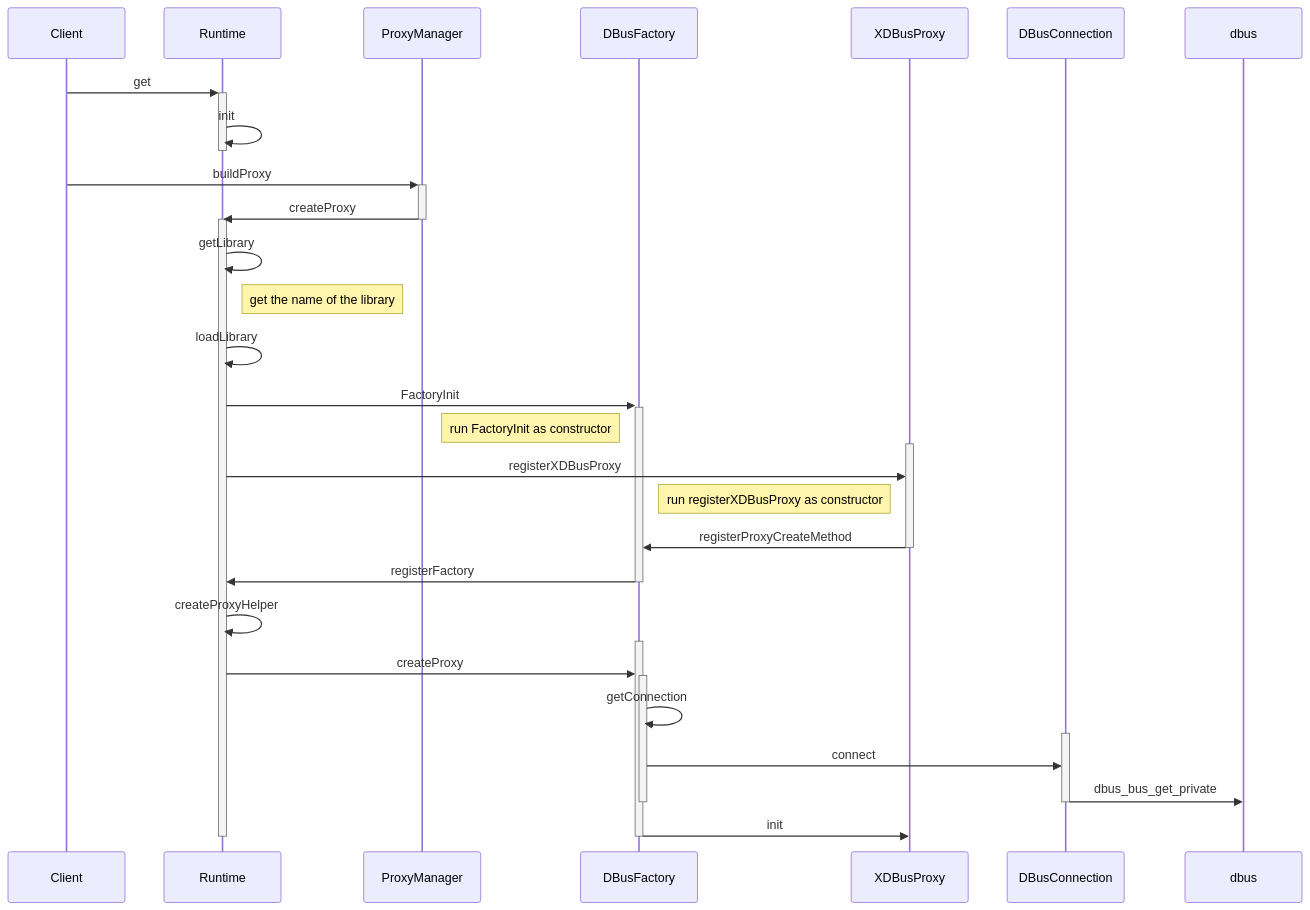
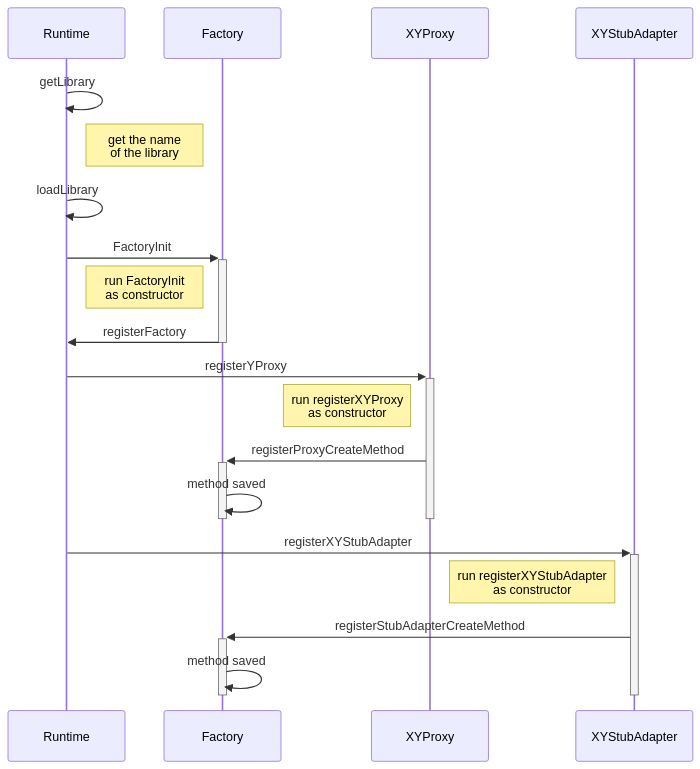
The third of 14 diagrams in _posts/2018-10-23-capicxx-example-helloworld.md (zeerd/zeerd.github.io), drawn with Mermaid before and after one commit. The commit also changed other lines of this file and 1 other file, not shown here.

````diff
--- a/_posts/2018-10-23-capicxx-example-helloworld.md
+++ b/_posts/2018-10-23-capicxx-example-helloworld.md
@@ -47,33 +64,21 @@
 ```mermaid
-    sequenceDiagram
+sequenceDiagram
+    Runtime ->> Runtime : getLibrary
+    Note right of Runtime: get the name <br/> of the library
+    Runtime ->> Runtime : loadLibrary
+    Runtime ->> +Factory : FactoryInit
+    Note left of Factory : run FactoryInit <br/> as constructor
+    Factory ->> -Runtime : registerFactory
+
+    Runtime ->> +XYProxy : registerYProxy
+    Note left of XYProxy : run registerXYProxy <br/> as constructor
+    XYProxy ->> +Factory : registerProxyCreateMethod
+    Factory ->> -Factory : method saved
+    deactivate XYProxy
     
-    Client ->> +Runtime : get
-    Runtime ->> -Runtime : init
-    Client ->> +ProxyManager : buildProxy
-    ProxyManager ->> -Runtime : createProxy
-    activate Runtime
-    Runtime ->> Runtime : getLibrary
-    Note right of Runtime: get the name of the library
-    Runtime ->> Runtime : loadLibrary
-    Runtime ->> +DBusFactory : FactoryInit
-    Note left of DBusFactory : run FactoryInit as constructor
-    activate XDBusProxy
-    Runtime ->> XDBusProxy : registerXDBusProxy
-    Note left of XDBusProxy : run registerXDBusProxy as constructor
-    XDBusProxy ->> DBusFactory : registerProxyCreateMethod
-    deactivate XDBusProxy
-    DBusFactory ->> -Runtime : registerFactory
-    Runtime ->> Runtime : createProxyHelper
-    activate DBusFactory
-    Runtime ->> DBusFactory: createProxy
-    activate DBusFactory
-    DBusFactory ->> DBusFactory : getConnection
-    activate DBusConnection
-    DBusFactory ->> DBusConnection : connect
-    DBusConnection ->> dbus : dbus_bus_get_private
-    deactivate DBusConnection
-    deactivate DBusFactory
-    DBusFactory ->> XDBusProxy : init
-    deactivate DBusFactory
-    deactivate Runtime
+    Runtime ->> +XYStubAdapter : registerXYStubAdapter
+    Note left of XYStubAdapter : run registerXYStubAdapter <br/> as constructor
+    XYStubAdapter ->> +Factory : registerStubAdapterCreateMethod
+    Factory ->> -Factory : method saved
+    deactivate XYStubAdapter
 ```
````
